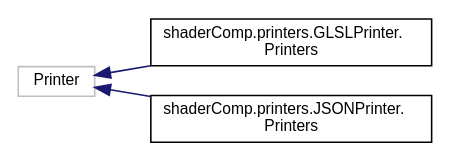
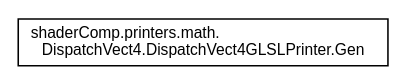
Before and after one commit to Hiestaa/ShaderComp: the diagram in Tutorial/documentation/inherit_graph_20.dot, drawn with Graphviz. The commit also changed 369 other files, not shown here.

```diff
--- a/Tutorial/documentation/inherit_graph_20.dot
+++ b/Tutorial/documentation/inherit_graph_20.dot
@@ -1,11 +1,7 @@
 digraph "Graphical Class Hierarchy"
 {
   edge [fontname="Helvetica",fontsize="10",labelfontname="Helvetica",labelfontsize="10"];
   node [fontname="Helvetica",fontsize="10",shape=record];
   rankdir="LR";
-  Node1 [label="Printer",height=0.2,width=0.4,color="grey75", fillcolor="white", style="filled"];
-  Node1 -> Node2 [dir="back",color="midnightblue",fontsize="10",style="solid",fontname="Helvetica"];
-  Node2 [label="shaderComp.printers.GLSLPrinter.\lPrinters",height=0.2,width=0.4,color="black", fillcolor="white", style="filled",URL="$classshader_comp_1_1printers_1_1_g_l_s_l_printer_1_1_printers.html"];
-  Node1 -> Node3 [dir="back",color="midnightblue",fontsize="10",style="solid",fontname="Helvetica"];
-  Node3 [label="shaderComp.printers.JSONPrinter.\lPrinters",height=0.2,width=0.4,color="black", fillcolor="white", style="filled",URL="$classshader_comp_1_1printers_1_1_j_s_o_n_printer_1_1_printers.html"];
+  Node1 [label="shaderComp.printers.math.\lDispatchVect4.DispatchVect4GLSLPrinter.Gen",height=0.2,width=0.4,color="black", fillcolor="white", style="filled",URL="$classshader_comp_1_1printers_1_1math_1_1_dispatch_vect4_1_1_dispatch_vect4_g_l_s_l_printer_1_1_gen.html"];
 }
```
